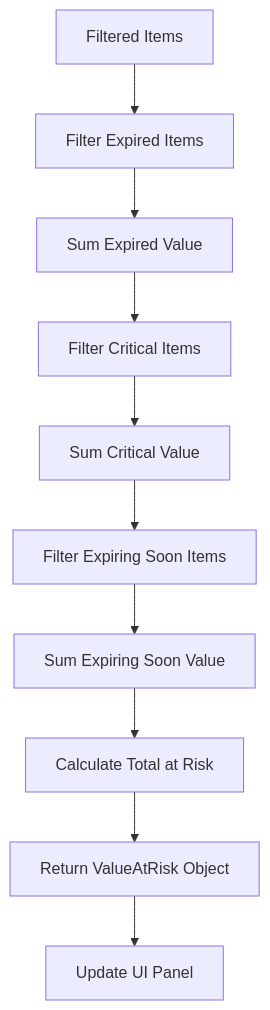
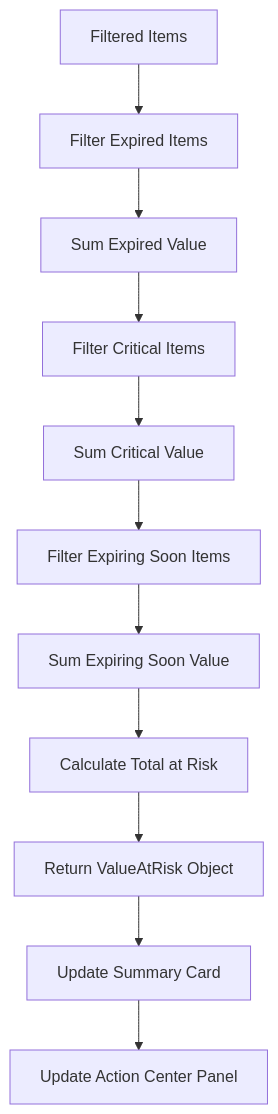
Before and after one commit to PeakMNA/carmen: the fifth of 23 diagrams in docs/app/inventory-management/stock-overview/inventory-aging/FD-inventory-aging.md, drawn with Mermaid. The commit also changed other lines of this file and 473 other files, not shown here.

````diff
--- a/docs/app/inventory-management/stock-overview/inventory-aging/FD-inventory-aging.md
+++ b/docs/app/inventory-management/stock-overview/inventory-aging/FD-inventory-aging.md
@@ -80,12 +118,13 @@
 ```mermaid
-flowchart TD
+graph TD
     A[Filtered Items] --> B[Filter Expired Items]
     B --> C[Sum Expired Value]
     C --> D[Filter Critical Items]
     D --> E[Sum Critical Value]
     E --> F[Filter Expiring Soon Items]
     F --> G[Sum Expiring Soon Value]
     G --> H[Calculate Total at Risk]
     H --> I[Return ValueAtRisk Object]
-    I --> J[Update UI Panel]
+    I --> J[Update Summary Card]
+    J --> K[Update Action Center Panel]
 ```
````
